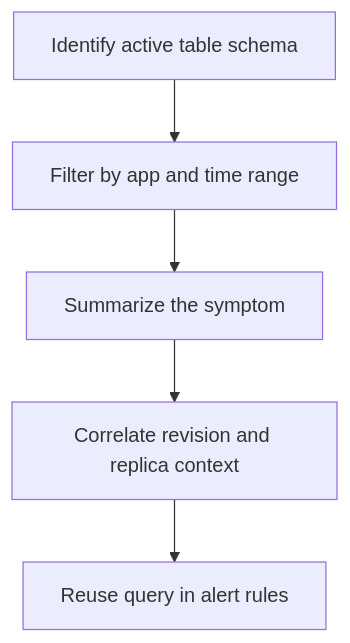
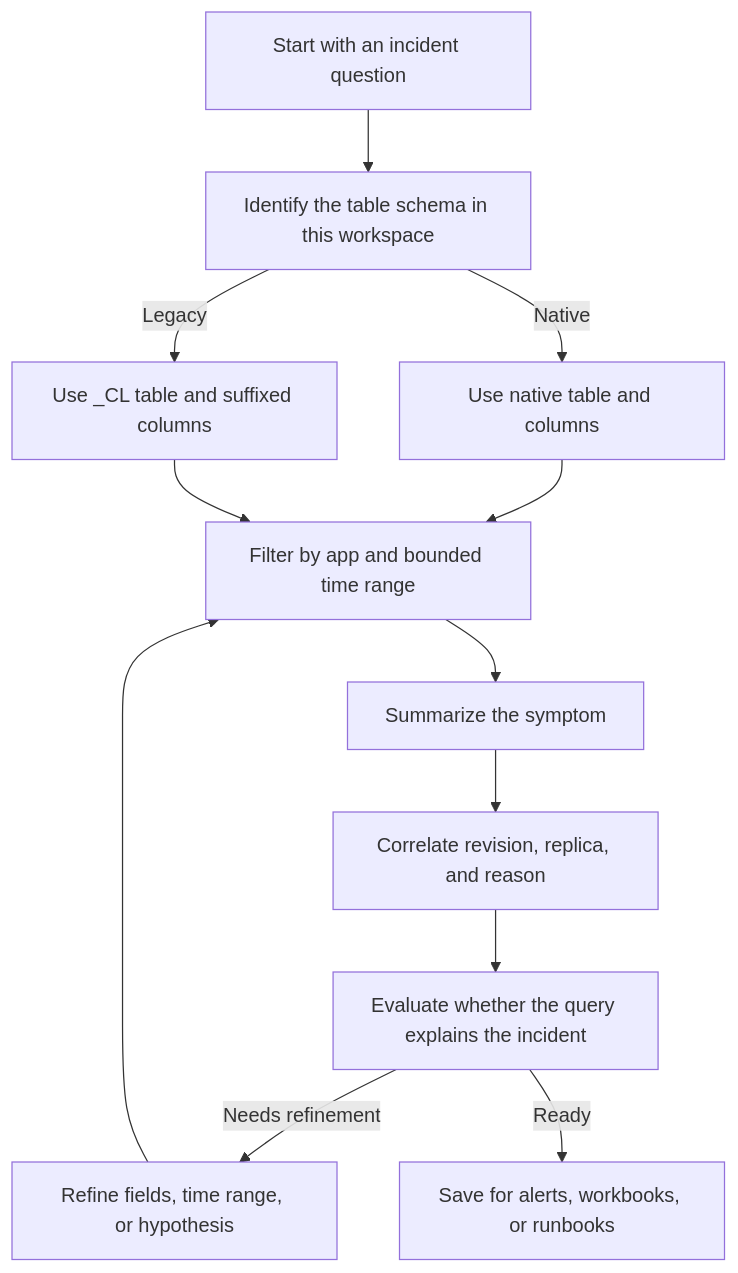
The diagram in docs/operations/logging/log-analytics-queries.md (yeongseon/azure-container-apps-practical-guide), drawn with Mermaid before and after one commit. The commit also changed other lines of this file and 13 other files, not shown here.

First line of the commit message:
docs(diagrams): migrate the Container Apps operations diagrams (#614)

````diff
--- a/docs/operations/logging/log-analytics-queries.md
+++ b/docs/operations/logging/log-analytics-queries.md
@@ -103,7 +104,25 @@
 ```mermaid
 flowchart TD
-    A[Identify active table schema] --> B[Filter by app and time range]
-    B --> C[Summarize the symptom]
-    C --> D[Correlate revision and replica context]
-    D --> E[Reuse query in alert rules]
+    QUESTION[Start with an incident question]
+    SCHEMA[Identify the table schema in this workspace]
+    NATIVE[Use native table and columns]
+    LEGACY[Use _CL table and suffixed columns]
+    WINDOW[Filter by app and bounded time range]
+    SYMPTOM[Summarize the symptom]
+    CONTEXT[Correlate revision, replica, and reason]
+    USEFUL[Evaluate whether the query explains the incident]
+    REFINE[Refine fields, time range, or hypothesis]
+    REUSE[Save for alerts, workbooks, or runbooks]
+
+    QUESTION --> SCHEMA
+    SCHEMA -->|Native| NATIVE
+    SCHEMA -->|Legacy| LEGACY
+    NATIVE --> WINDOW
+    LEGACY --> WINDOW
+    WINDOW --> SYMPTOM
+    SYMPTOM --> CONTEXT
+    CONTEXT --> USEFUL
+    USEFUL -->|Needs refinement| REFINE
+    REFINE --> WINDOW
+    USEFUL -->|Ready| REUSE
 ```
````
